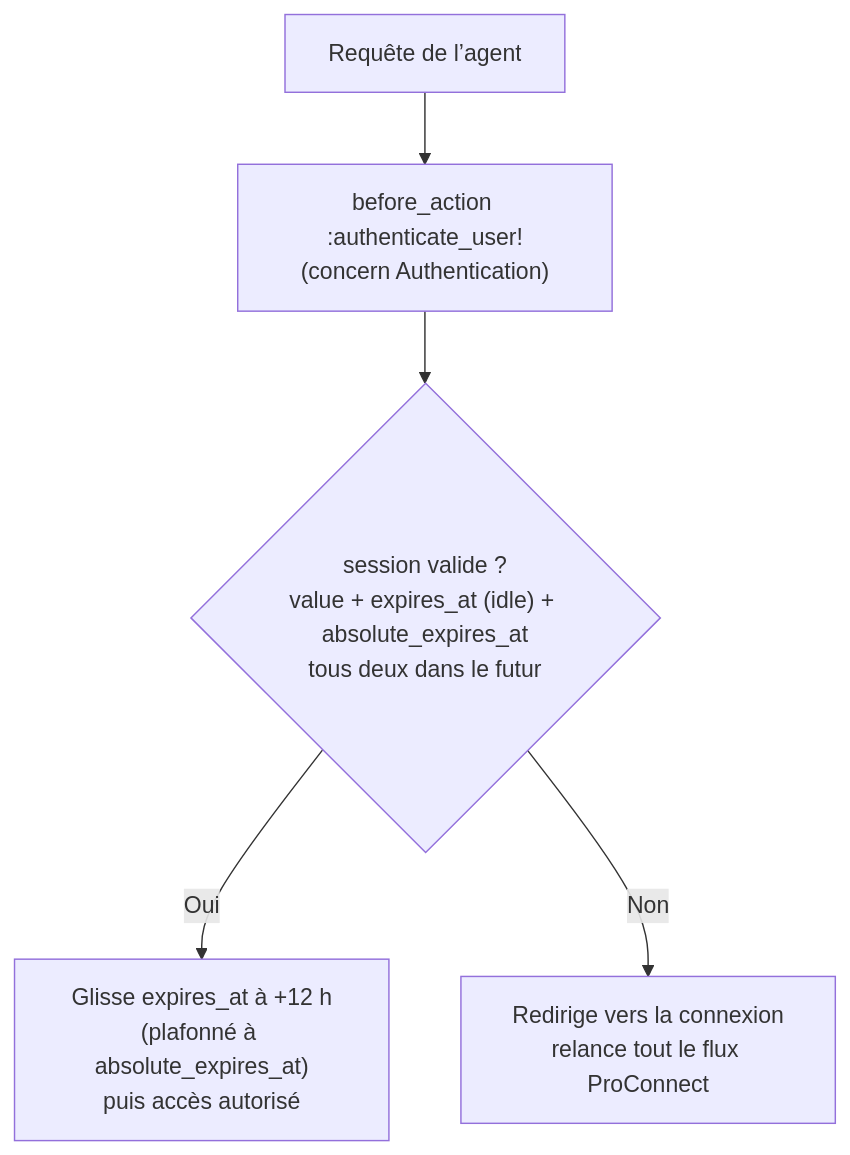
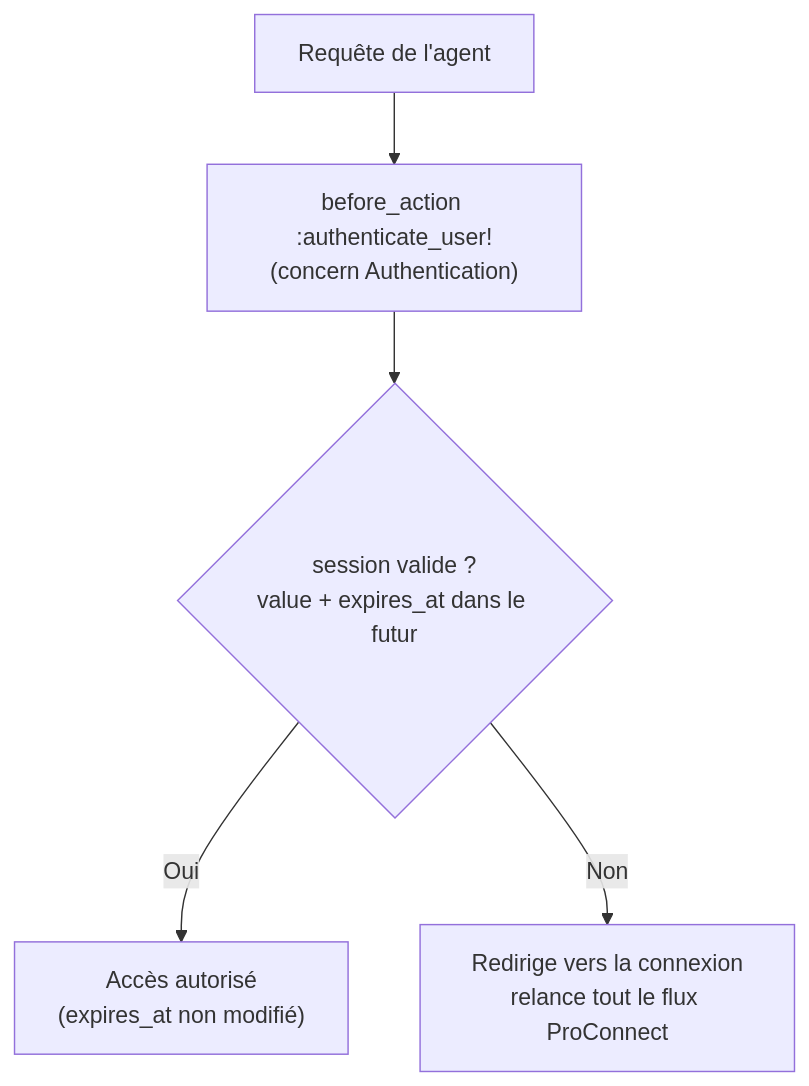
Before and after one commit to etalab/data_pass: the fourth of 5 diagrams in docs/technique/authentification_proconnect.md, drawn with Mermaid. The commit also changed other lines of this file and 6 other files, not shown here.

````diff
--- a/docs/technique/authentification_proconnect.md
+++ b/docs/technique/authentification_proconnect.md
@@ -153,7 +151,7 @@
 ```mermaid
 flowchart TD
-    A["Requête de l’agent"] --> B["before_action :authenticate_user!<br/>(concern Authentication)"]
-    B --> C{"session valide ?<br/>value + expires_at (idle) + absolute_expires_at<br/>tous deux dans le futur"}
-    C -- Oui --> D["Glisse expires_at à +12 h<br/>(plafonné à absolute_expires_at)<br/>puis accès autorisé"]
+    A["Requête de l'agent"] --> B["before_action :authenticate_user!<br/>(concern Authentication)"]
+    B --> C{"session valide ?<br/>value + expires_at dans le futur"}
+    C -- Oui --> D["Accès autorisé<br/>(expires_at non modifié)"]
     C -- Non --> E["Redirige vers la connexion<br/>relance tout le flux ProConnect"]
 ```
````
